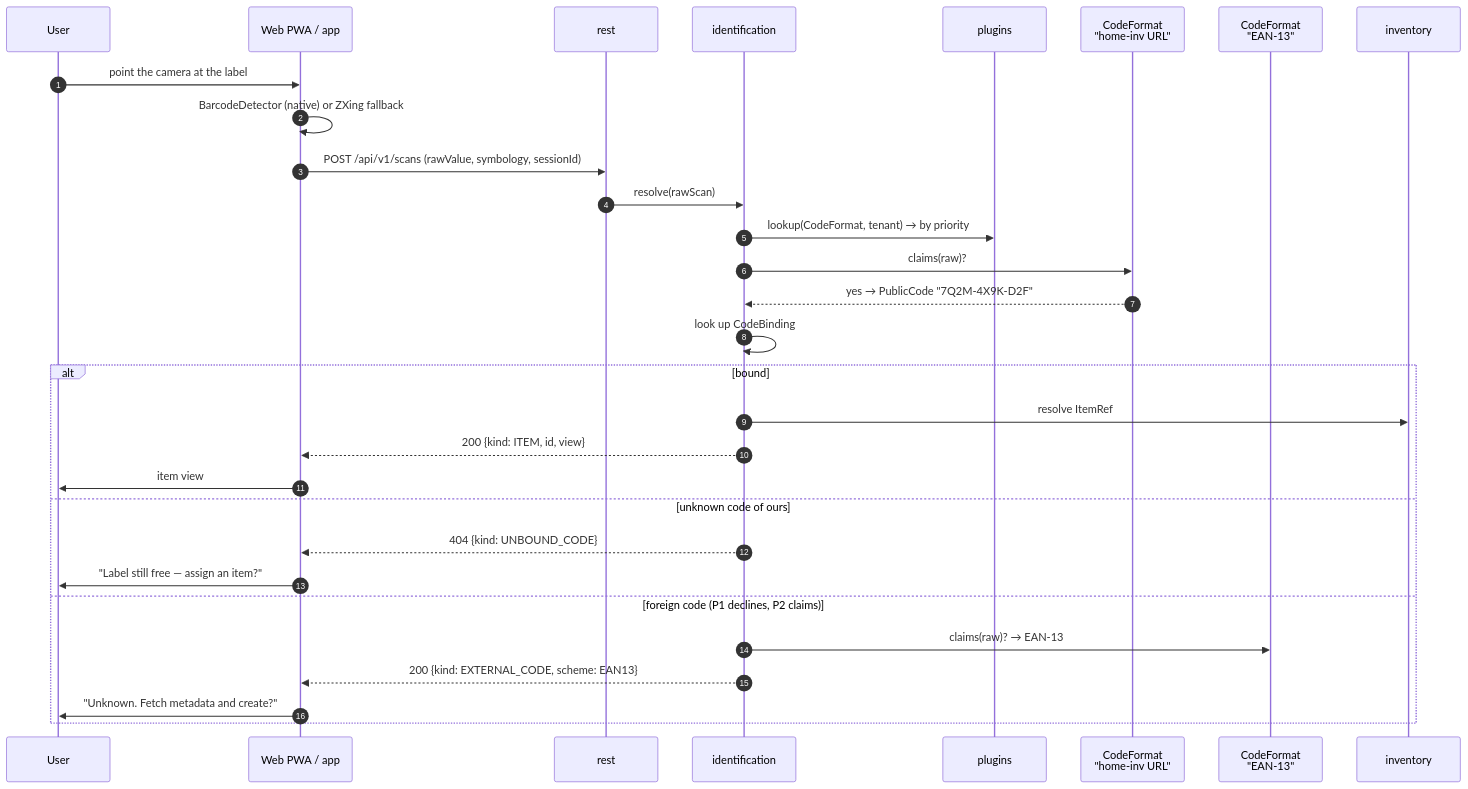
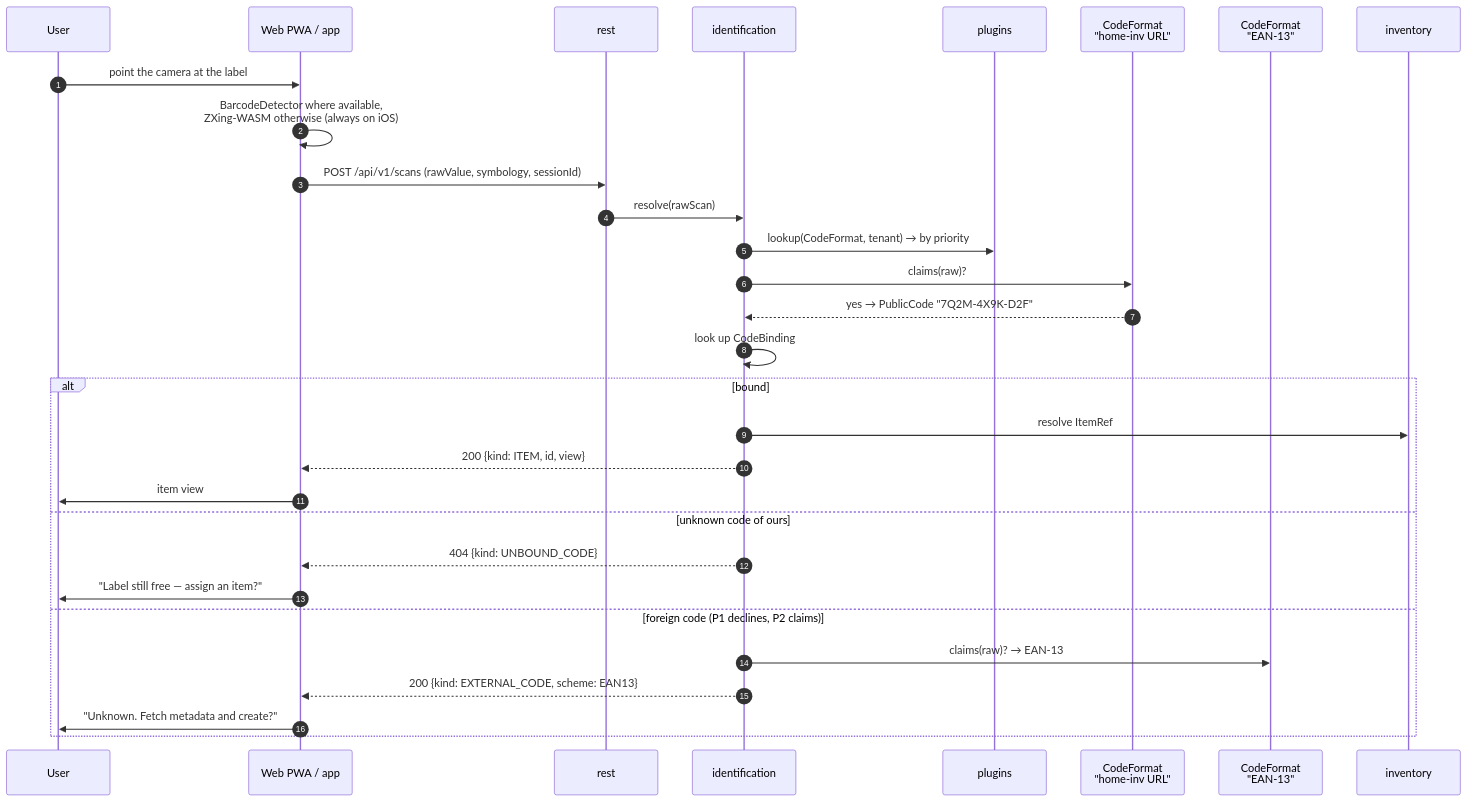
The third of 10 diagrams in docs/architecture/05-runtime-view.md (greluc/Home-Inventory), drawn with Mermaid before and after one commit. The commit also changed other lines of this file and 156 other files, not shown here.

````diff
--- a/docs/architecture/05-runtime-view.md
+++ b/docs/architecture/05-runtime-view.md
@@ -111,33 +111,33 @@
 ```mermaid
 sequenceDiagram
     autonumber
     participant U as User
     participant W as Web PWA / app
     participant R as rest
     participant ID as identification
     participant PR as plugins
     participant P1 as CodeFormat<br/>"home-inv URL"
     participant P2 as CodeFormat<br/>"EAN-13"
     participant INV as inventory
 
     U->>W: point the camera at the label
-    W->>W: BarcodeDetector (native) or ZXing fallback
+    W->>W: BarcodeDetector where available,<br/>ZXing-WASM otherwise (always on iOS)
     W->>R: POST /api/v1/scans (rawValue, symbology, sessionId)
     R->>ID: resolve(rawScan)
     ID->>PR: lookup(CodeFormat, tenant) → by priority
     ID->>P1: claims(raw)?
     P1-->>ID: yes → PublicCode "7Q2M-4X9K-D2F"
     ID->>ID: look up CodeBinding
     alt bound
         ID->>INV: resolve ItemRef
         ID-->>W: 200 {kind: ITEM, id, view}
         W->>U: item view
     else unknown code of ours
         ID-->>W: 404 {kind: UNBOUND_CODE}
         W->>U: "Label still free — assign an item?"
     else foreign code (P1 declines, P2 claims)
         ID->>P2: claims(raw)? → EAN-13
         ID-->>W: 200 {kind: EXTERNAL_CODE, scheme: EAN13}
         W->>U: "Unknown. Fetch metadata and create?"
     end
 ```
````
